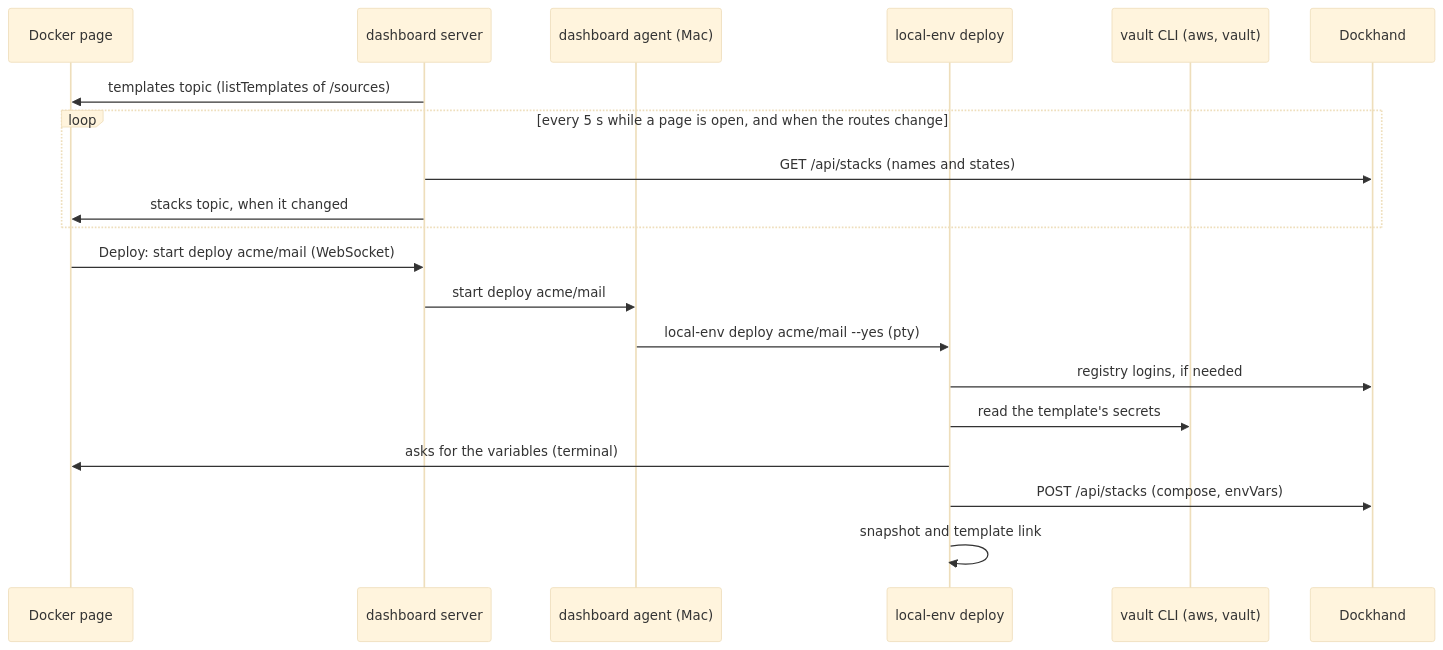
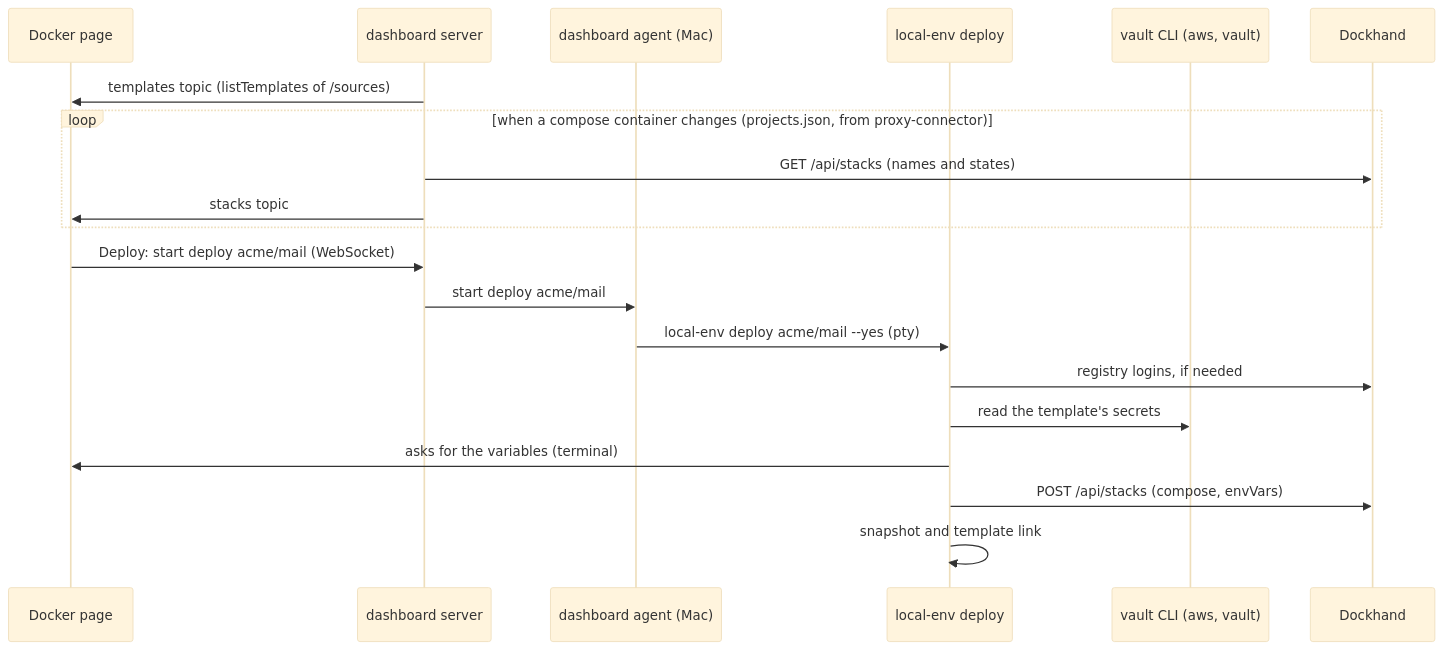
Before and after one commit to cgaube/local-env: the diagram in docs/3-how-it-works/docker-catalog.md, drawn with Mermaid (base theme). The commit also changed other lines of this file and 9 other files, not shown here.

````diff
--- a/docs/3-how-it-works/docker-catalog.md
+++ b/docs/3-how-it-works/docker-catalog.md
@@ -31,22 +31,22 @@
 ```mermaid
 sequenceDiagram
   participant Page as Docker page
   participant Dash as dashboard server
   participant Agent as dashboard agent (Mac)
   participant CLI as local-env deploy
   participant Vault as vault CLI (aws, vault)
   participant DH as Dockhand
   Dash->>Page: templates topic (listTemplates of /sources)
-  loop every 5 s while a page is open, and when the routes change
+  loop when a compose container changes (projects.json, from proxy-connector)
     Dash->>DH: GET /api/stacks (names and states)
-    Dash->>Page: stacks topic, when it changed
+    Dash->>Page: stacks topic
   end
   Page->>Dash: Deploy: start deploy acme/mail (WebSocket)
   Dash->>Agent: start deploy acme/mail
   Agent->>CLI: local-env deploy acme/mail --yes (pty)
   CLI->>DH: registry logins, if needed
   CLI->>Vault: read the template's secrets
   CLI->>Page: asks for the variables (terminal)
   CLI->>DH: POST /api/stacks (compose, envVars)
   CLI->>CLI: snapshot and template link
 ```
````
